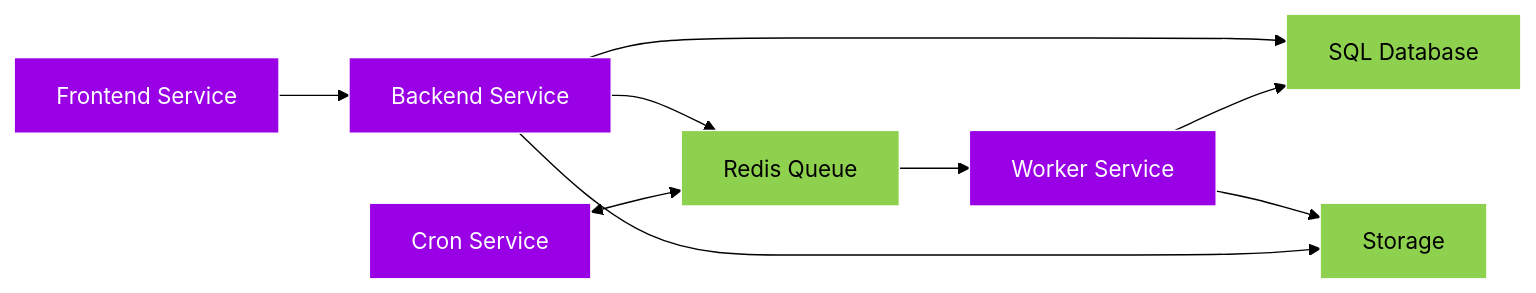
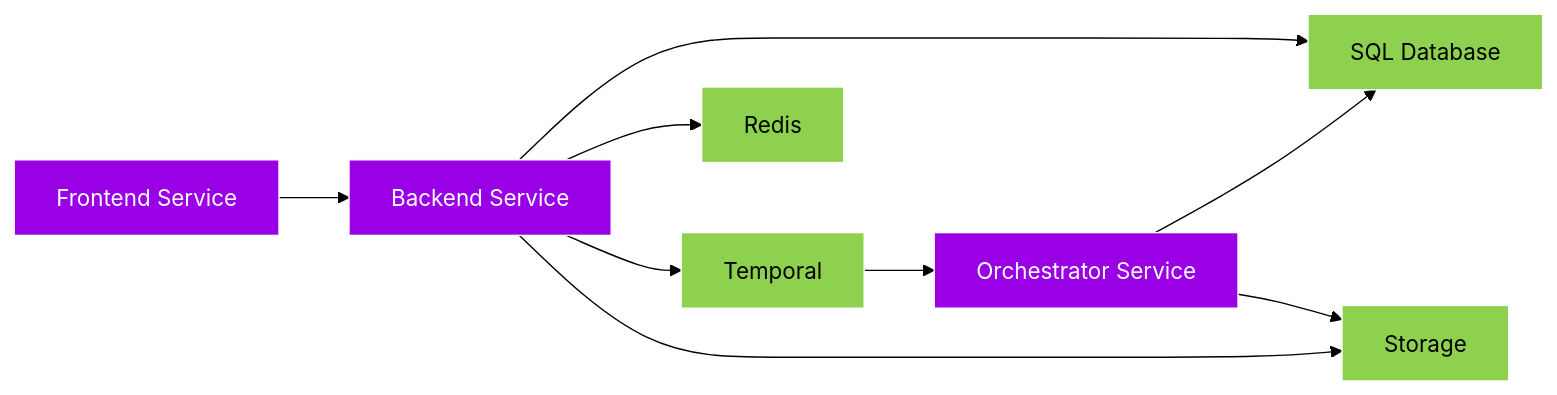
One commit to gitroomhq/postiz-docs changed the diagram in howitworks.mdx. Above: the diagram before and after it, drawn with Mermaid (forest theme). The commit also changed other lines of this file and 2 other files, not shown here.

````diff
--- a/howitworks.mdx
+++ b/howitworks.mdx
@@ -10,23 +10,23 @@
 ```mermaid
 flowchart LR;
     classDef ext fill:#8ED14F,color:black,stroke:#fff
     classDef svc fill:#9900e6,color:white,stroke:#fff
 
     frontend[Frontend Service]:::svc
     backend[Backend Service]:::svc
-    cron[Cron Service]:::svc
-    workers[Worker Service]:::svc
-    redis[Redis Queue]:::ext
+    orchestrator[Orchestrator Service]:::svc
+    temporal[Temporal]:::ext
+    redis[Redis]:::ext
     db[SQL Database]:::ext
     storage[Storage]:::ext
 
-	frontend --> backend
+    frontend --> backend
     backend --> db
     backend --> redis
-    cron <--> redis
-    workers --> storage
-    workers --> db
-    redis --> workers
+    backend --> temporal
+    temporal --> orchestrator
+    orchestrator --> db
+    orchestrator --> storage
     backend --> storage
 
 ```
````
